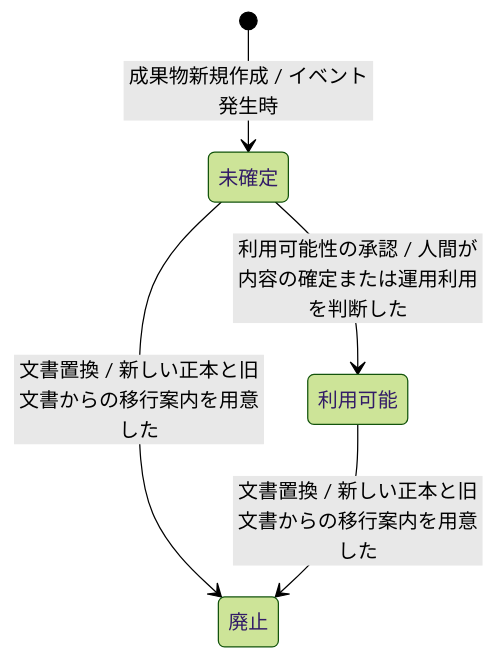
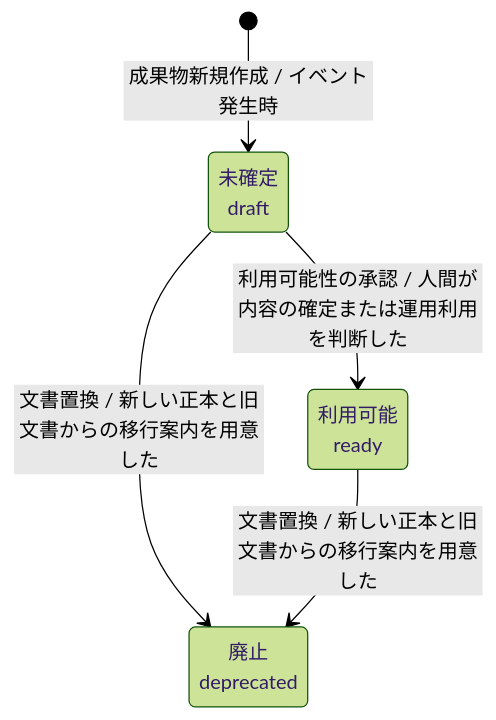
Before and after one commit to specdojo/specdojo: the diagram in docs/ja/product/010-business-specs/020-data-model/stsd-deliverable.md, drawn with Mermaid (forest theme). The commit also changed other lines of this file and 4 other files, not shown here.

Commit message:
exec(register PJR-6SFB): stsd-deliverable の冒頭と図の表示名を新しい Kata に合わせる

````diff
--- a/docs/ja/product/010-business-specs/020-data-model/stsd-deliverable.md
+++ b/docs/ja/product/010-business-specs/020-data-model/stsd-deliverable.md
@@ -35,10 +40,10 @@
 ```mermaid
 stateDiagram-v2
-  state "未確定" as draft
-  state "利用可能" as ready
-  state "廃止" as deprecated
+  state "未確定<br>draft" as draft
+  state "利用可能<br>ready" as ready
+  state "廃止<br>deprecated" as deprecated
   [*] --> draft : 成果物新規作成 / イベント発生時
   draft --> ready : 利用可能性の承認 / 人間が内容の確定または運用利用を判断した
   draft --> deprecated : 文書置換 / 新しい正本と旧文書からの移行案内を用意した
   ready --> deprecated : 文書置換 / 新しい正本と旧文書からの移行案内を用意した
 ```
````
